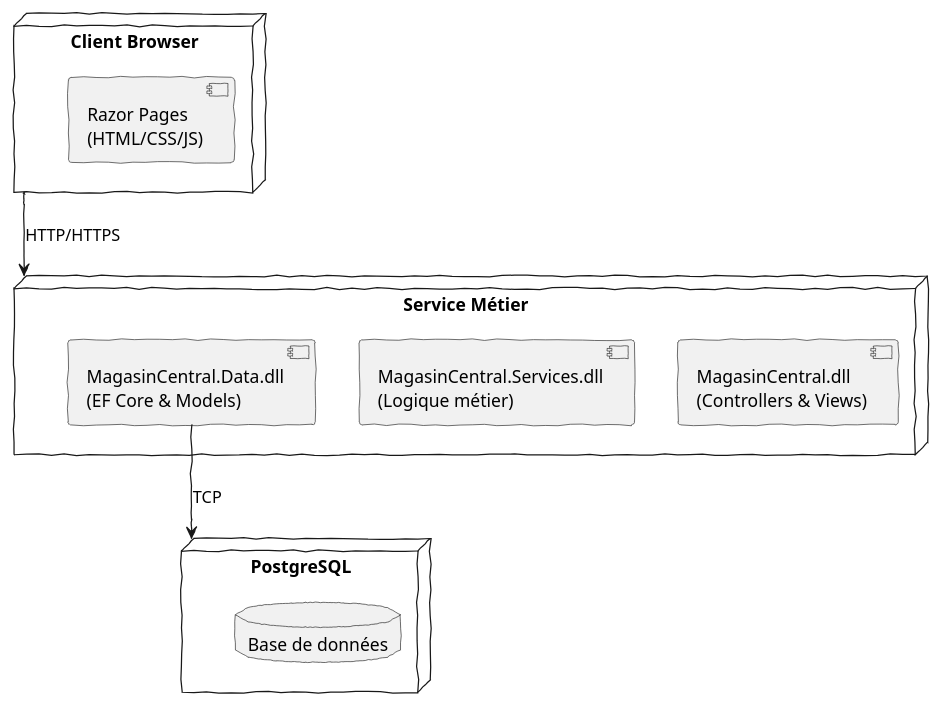
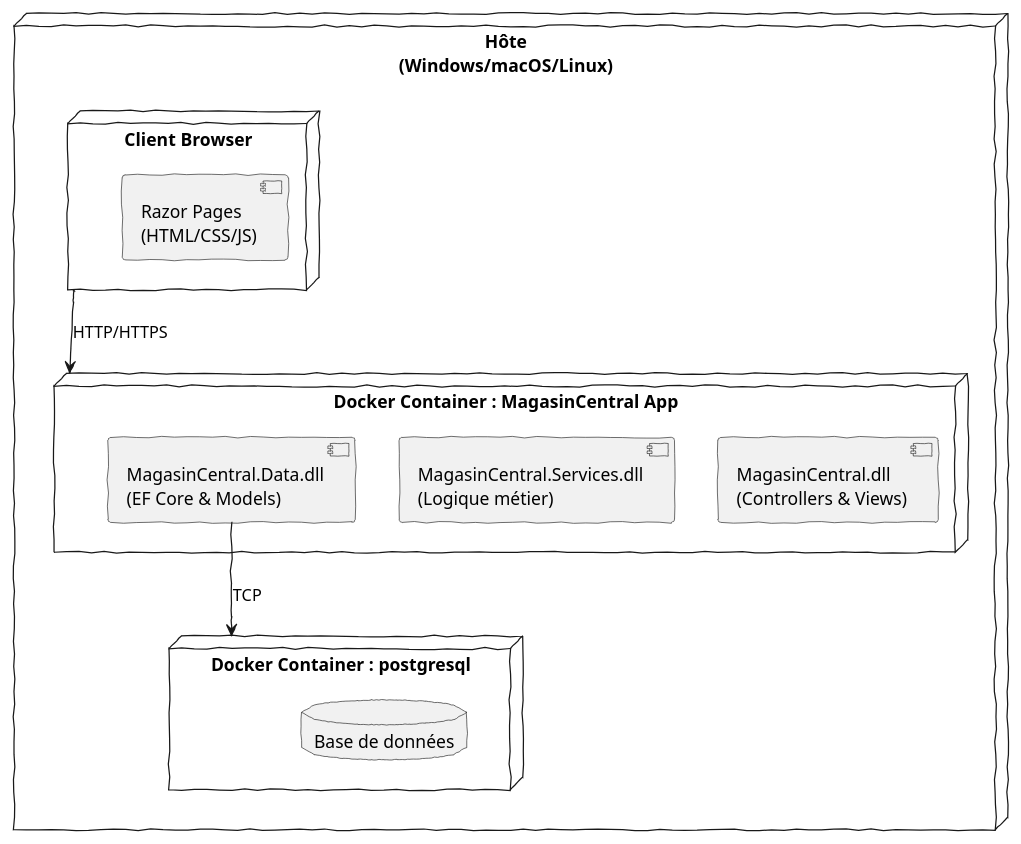
Before and after one commit to itsahmed98/log430-lab2-mvc: the diagram in docs/UML/VuePhysique.puml, drawn with PlantUML. The commit also changed 11 other files, not shown here.

```diff
--- a/docs/UML/VuePhysique.puml
+++ b/docs/UML/VuePhysique.puml
@@ -1,21 +1,24 @@
 @startuml
 skinparam handwritten true
 top to bottom direction
 
-node "Client Browser" as Browser {
+node "Hôte\n(Windows/macOS/Linux)" as Host {
+  node "Client Browser" as Browser {
   [Razor Pages\n(HTML/CSS/JS)] as RazorPages
+  }
+
+  node "Docker Container : MagasinCentral App" as WebServer {
+    component "MagasinCentral.dll\n(Controllers & Views)" as Client
+    component "MagasinCentral.Services.dll\n(Logique métier)" as Services
+    component "MagasinCentral.Data.dll\n(EF Core & Models)" as DataLayer
+  }
+
+  node "Docker Container : postgresql" as database {
+    database "Base de données" as DB
+  }
+
+  Browser --> WebServer : HTTP/HTTPS
+  DataLayer --> database : TCP
 }
 
-node "Service Métier" as WebServer {
-  component "MagasinCentral.dll\n(Controllers & Views)" as Client
-  component "MagasinCentral.Services.dll\n(Logique métier)" as Services
-  component "MagasinCentral.Data.dll\n(EF Core & Models)" as DataLayer
-}
-
-node "PostgreSQL" as database {
-  database "Base de données" as DB
-}
-
-Browser --> WebServer : HTTP/HTTPS
-DataLayer --> database : TCP
 @enduml
```
